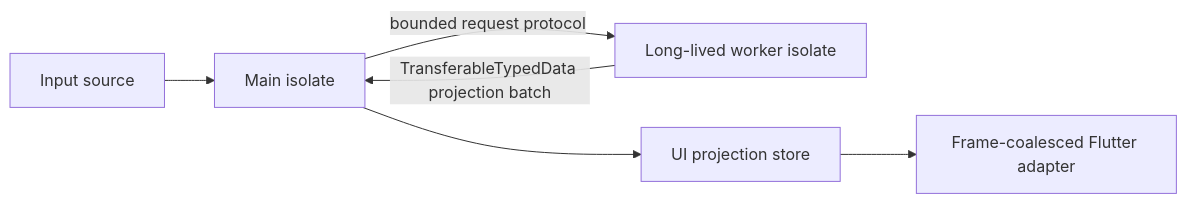
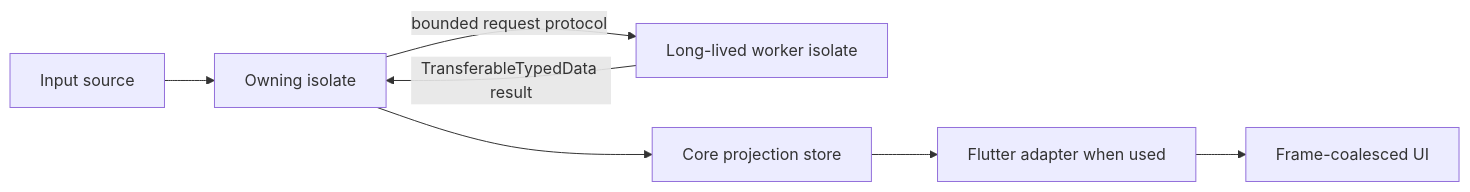
Before and after one commit to JohannesHupp/pulse_slab: the diagram in docs/concurrency.md, drawn with Mermaid. The commit also changed other lines of this file and 192 other files, not shown here.

Commit message:
feat: Split Package in Dart Core Package and Flutter Adapter Package

````diff
--- a/docs/concurrency.md
+++ b/docs/concurrency.md
@@ -7,8 +7,9 @@
 ```mermaid
 flowchart LR
-  Source[Input source] --> Main[Main isolate]
+  Source[Input source] --> Main[Owning isolate]
   Main -->|bounded request protocol| Worker[Long-lived worker isolate]
-  Worker -->|TransferableTypedData projection batch| Main
-  Main --> Store[UI projection store]
-  Store --> Frame[Frame-coalesced Flutter adapter]
+  Worker -->|TransferableTypedData result| Main
+  Main --> Store[Core projection store]
+  Store --> Adapter[Flutter adapter when used]
+  Adapter --> Frame[Frame-coalesced UI]
 ```
````
